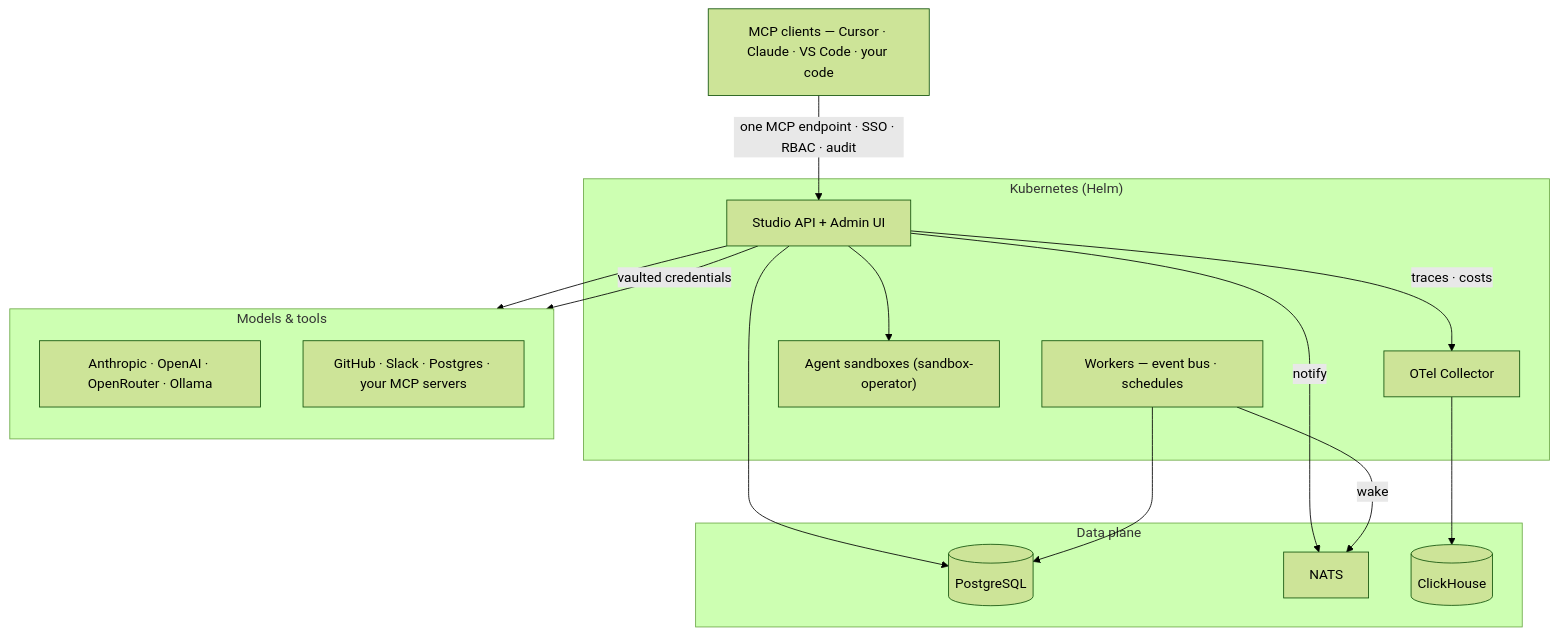
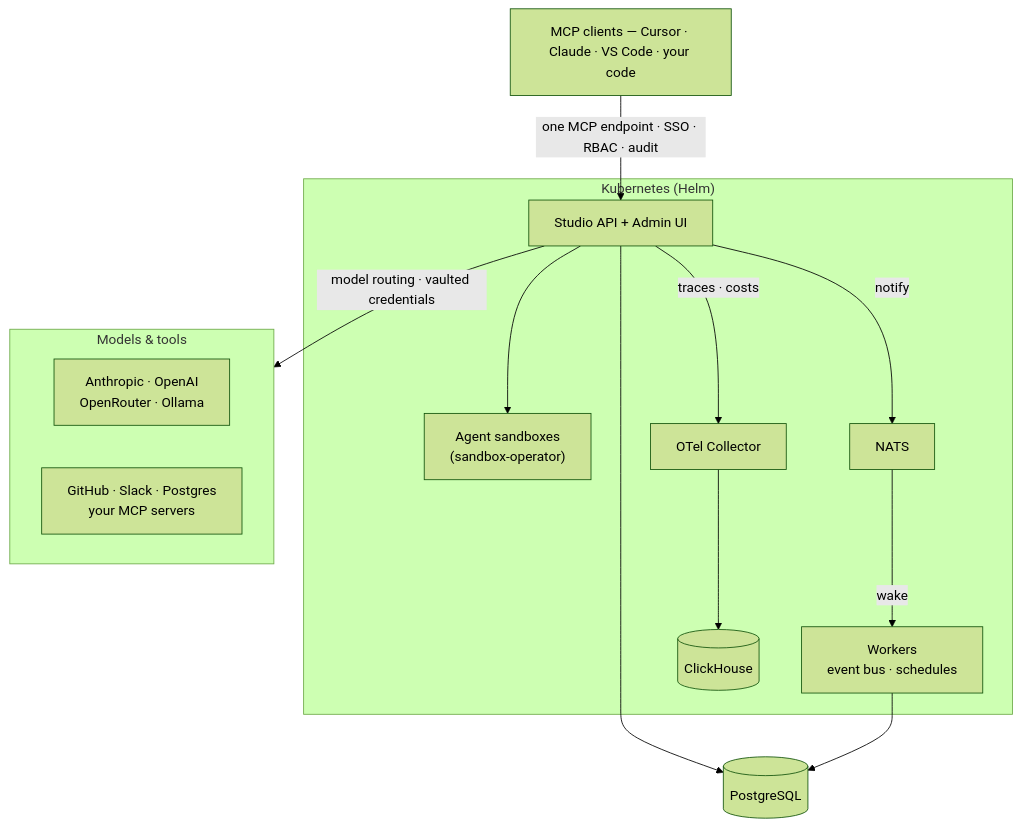
One commit to decocms/studio changed the diagram in README.md. Above: the diagram before and after it, drawn with Mermaid (forest theme).

Commit message:
docs(readme): fix topology diagram — arrow semantics and layout
NATS now wakes the workers (arrow was pointing the wrong way), NATS and
ClickHouse move inside the Kubernetes box (they are in-cluster Helm
subcharts), and Models & tools gets a single labeled edge so the layout
is compact with no dead space or pass-through arrows.

````diff
--- a/README.md
+++ b/README.md
@@ -255,35 +255,26 @@
 ```mermaid
 graph TB
     clients["MCP clients — Cursor · Claude · VS Code · your code"]
 
     clients -->|"one MCP endpoint · SSO · RBAC · audit"| api
 
     subgraph k8s ["Kubernetes (Helm)"]
         api["Studio API + Admin UI"]
-        worker["Workers — event bus · schedules"]
-        sandbox["Agent sandboxes (sandbox-operator)"]
-        otel["OTel Collector"]
+        api --> sandbox["Agent sandboxes<br/>(sandbox-operator)"]
+        api -->|"notify"| nats["NATS"]
+        api -->|"traces · costs"| otel["OTel Collector"]
+        nats -->|"wake"| worker["Workers<br/>event bus · schedules"]
+        otel --> ch[("ClickHouse")]
     end
 
-    subgraph deps ["Data plane"]
-        pg[("PostgreSQL")]
-        nats["NATS"]
-        ch[("ClickHouse")]
+    pg[("PostgreSQL")]
+    api --> pg
+    worker --> pg
+
+    subgraph upstream ["Models & tools"]
+        models["Anthropic · OpenAI<br/>OpenRouter · Ollama"]
+        mcps["GitHub · Slack · Postgres<br/>your MCP servers"]
     end
 
-    subgraph upstream ["Models & tools"]
-        direction TB
-        models["Anthropic · OpenAI · OpenRouter · Ollama"]
-        mcps["GitHub · Slack · Postgres · your MCP servers"]
-    end
-
-    api --> sandbox
-    api -->|"traces · costs"| otel
-    api --> pg
-    api -->|"notify"| nats
-    worker -->|"wake"| nats
-    worker --> pg
-    otel --> ch
-    api --> models
-    api -->|"vaulted credentials"| mcps
+    api -->|"model routing · vaulted credentials"| upstream
 ```
````
